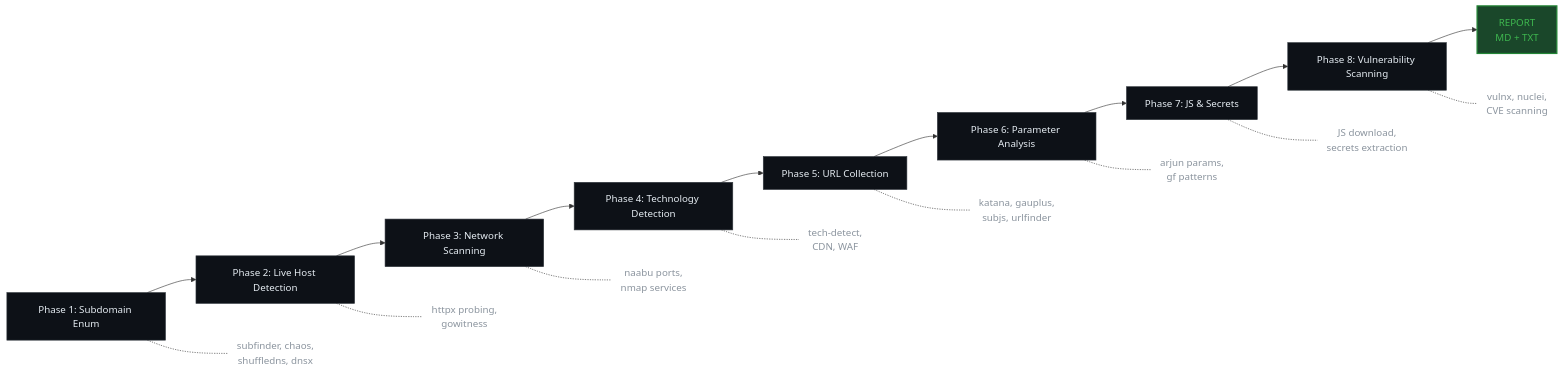
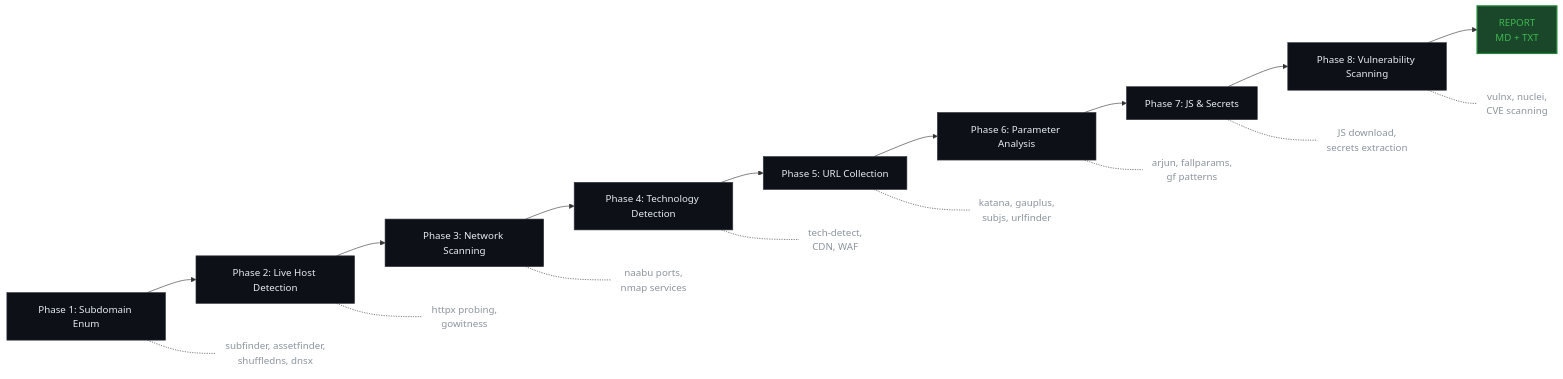
Before and after one commit to Mohamed-AlienX/ReconX-Framework: the diagram in README.md, drawn with Mermaid. The commit also changed other lines of this file and 6 other files, not shown here.

Commit message:
feat: scope-filter URLs to domain+subdomains, switch chaos to assetfinder, add fallparams, fix Phase 5 crawlers

````diff
--- a/README.md
+++ b/README.md
@@ -63,24 +63,24 @@
 ```mermaid
 flowchart LR
     A[Phase 1: Subdomain Enum]:::phase --> B[Phase 2: Live Host Detection]:::phase
     B --> C[Phase 3: Network Scanning]:::phase
     C --> D[Phase 4: Technology Detection]:::phase
     D --> E[Phase 5: URL Collection]:::phase
     E --> F[Phase 6: Parameter Analysis]:::phase
     F --> G[Phase 7: JS & Secrets]:::phase
     G --> H[Phase 8: Vulnerability Scanning]:::phase
     H --> I[REPORT<br/>MD + TXT]:::report
 
-    A -.- A1([subfinder, chaos,<br/>shuffledns, dnsx]):::note
+    A -.- A1([subfinder, assetfinder,<br/>shuffledns, dnsx]):::note
     B -.- B1([httpx probing,<br/>gowitness]):::note
     C -.- C1([naabu ports,<br/>nmap services]):::note
     D -.- D1([tech-detect,<br/>CDN, WAF]):::note
     E -.- E1([katana, gauplus,<br/>subjs, urlfinder]):::note
-    F -.- F1([arjun params,<br/>gf patterns]):::note
+    F -.- F1([arjun, fallparams,<br/>gf patterns]):::note
     G -.- G1([JS download,<br/>secrets extraction]):::note
     H -.- H1([vulnx, nuclei,<br/>CVE scanning]):::note
 
     classDef phase   fill:#0d1117,stroke:#30363d,color:#e6edf3,stroke-width:1px;
     classDef report  fill:#1a472a,stroke:#238636,color:#3fb950,stroke-width:2px;
     classDef note    fill:#00000000,stroke:#00000000,color:#8b949e;
 ```
````
